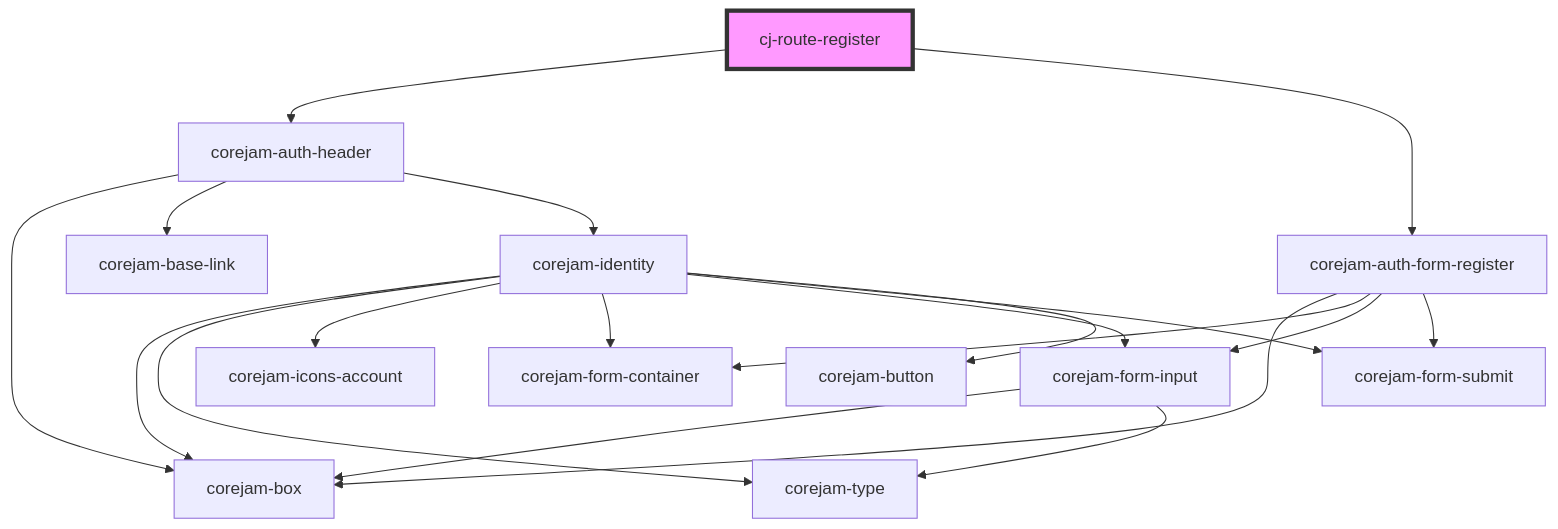
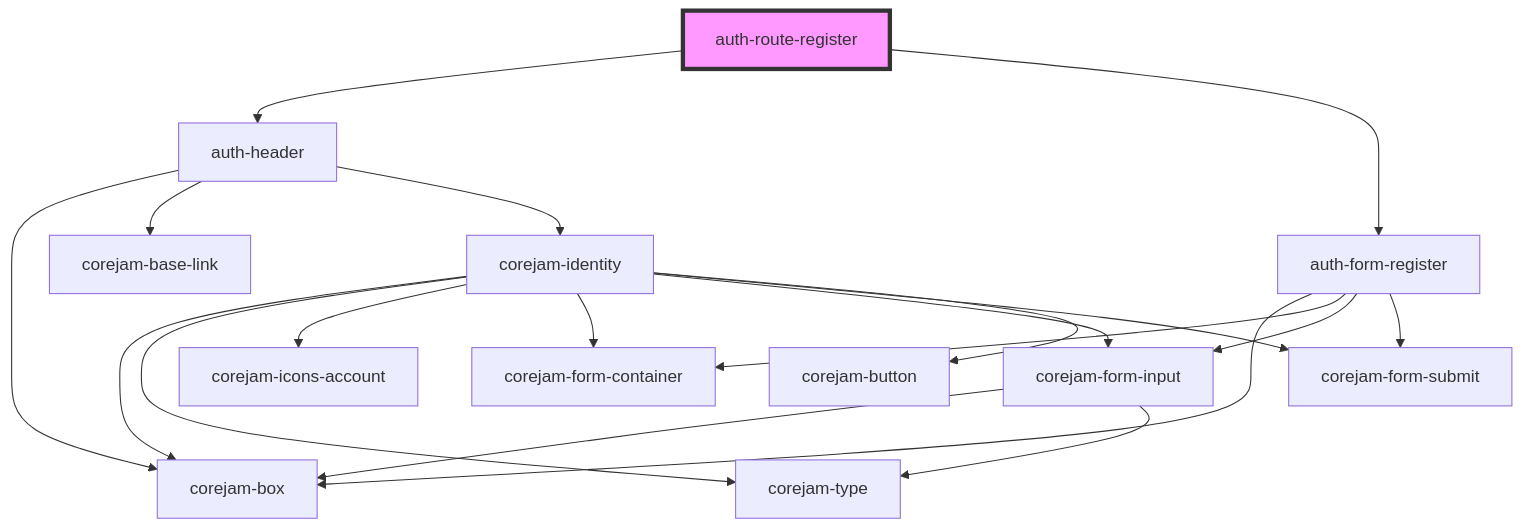
The diagram in packages/auth/app/routes/readme.md (corejam/corejam), drawn with Mermaid before and after one commit. The commit also changed other lines of this file and 35 other files, not shown here.

````diff
--- a/packages/auth/app/routes/readme.md
+++ b/packages/auth/app/routes/readme.md
@@ -14,22 +14,22 @@
 ```mermaid
 graph TD;
-  cj-route-register --> corejam-auth-header
-  cj-route-register --> corejam-auth-form-register
-  corejam-auth-header --> corejam-box
-  corejam-auth-header --> corejam-base-link
-  corejam-auth-header --> corejam-identity
+  auth-route-register --> auth-header
+  auth-route-register --> auth-form-register
+  auth-header --> corejam-box
+  auth-header --> corejam-base-link
+  auth-header --> corejam-identity
   corejam-identity --> corejam-box
   corejam-identity --> corejam-type
   corejam-identity --> corejam-icons-account
   corejam-identity --> corejam-form-container
   corejam-identity --> corejam-form-input
   corejam-identity --> corejam-form-submit
   corejam-identity --> corejam-button
   corejam-form-input --> corejam-box
   corejam-form-input --> corejam-type
-  corejam-auth-form-register --> corejam-box
-  corejam-auth-form-register --> corejam-form-container
-  corejam-auth-form-register --> corejam-form-input
-  corejam-auth-form-register --> corejam-form-submit
-  style cj-route-register fill:#f9f,stroke:#333,stroke-width:4px
+  auth-form-register --> corejam-box
+  auth-form-register --> corejam-form-container
+  auth-form-register --> corejam-form-input
+  auth-form-register --> corejam-form-submit
+  style auth-route-register fill:#f9f,stroke:#333,stroke-width:4px
 ```
````
